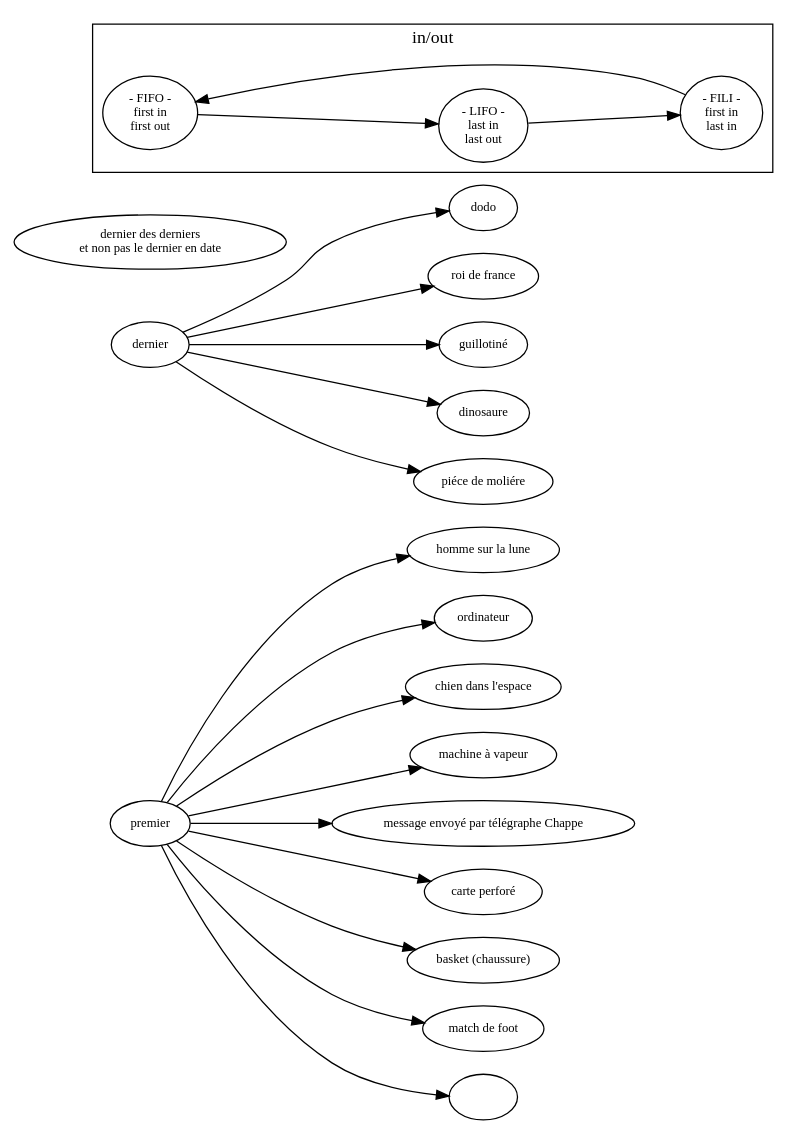
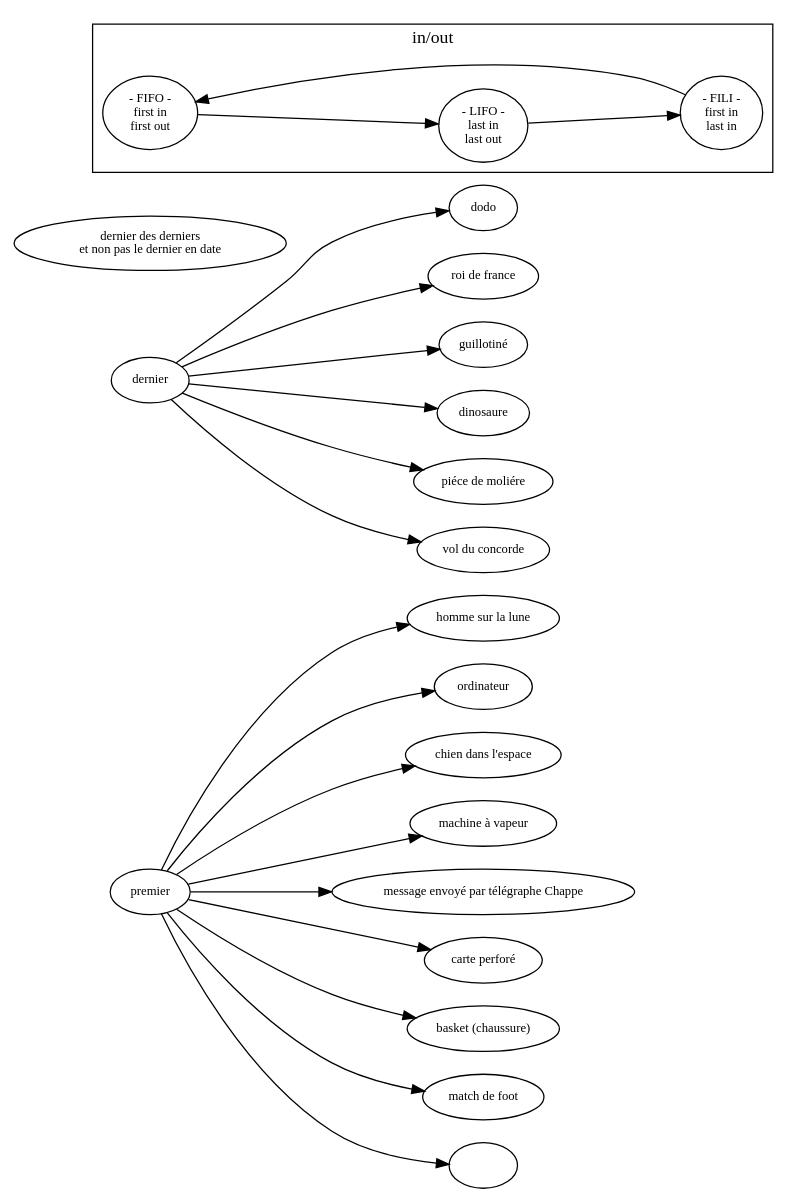
One commit to ensad-nancy/first-last changed the diagram in sujet.dot. Above: the diagram before and after it, drawn with Graphviz.

Commit message:
+	last -> "vol du concorde"

```diff
--- a/sujet.dot
+++ b/sujet.dot
@@ -1,41 +1,42 @@
 digraph {
 
 	fontname="myriadpro"
 	fontsize = 14
 	rankdir="LR"
 	node [fontname="myriadpro", fontsize = 10]
 	edge [fontname="monaco", fontsize = 9]
 	
 	first [label="premier"]
 	last [label="dernier"]
 	
 	"dernier des derniers\n et non pas le dernier en date" 
 
 	first -> "homme sur la lune"
 	first -> "ordinateur"
 	first -> "chien dans l'espace"
 	first -> "machine à vapeur"
 	first -> "message envoyé par télégraphe Chappe"
 	first -> "carte perforé"
 	first -> "basket (chaussure)"
 	first -> "match de foot"
 	first -> ""
 	
 	last -> dodo
 	last -> "roi de france"
 	last -> "guillotiné"
 	last -> "dinosaure"
 	last -> "piéce de moliére"
+	last -> "vol du concorde"
 
 	subgraph cluster_FO{
 	
 		label="in/out"
 		
 		FIFO [label="- FIFO -\nfirst in\nfirst out"]
 		LIFO [label="- LIFO -\nlast in\nlast out"]
 		FILI [label="- FILI -\nfirst in\n last in"]
 
 		FILI -> FIFO -> LIFO -> FILI
 	}
 	
 }
```
